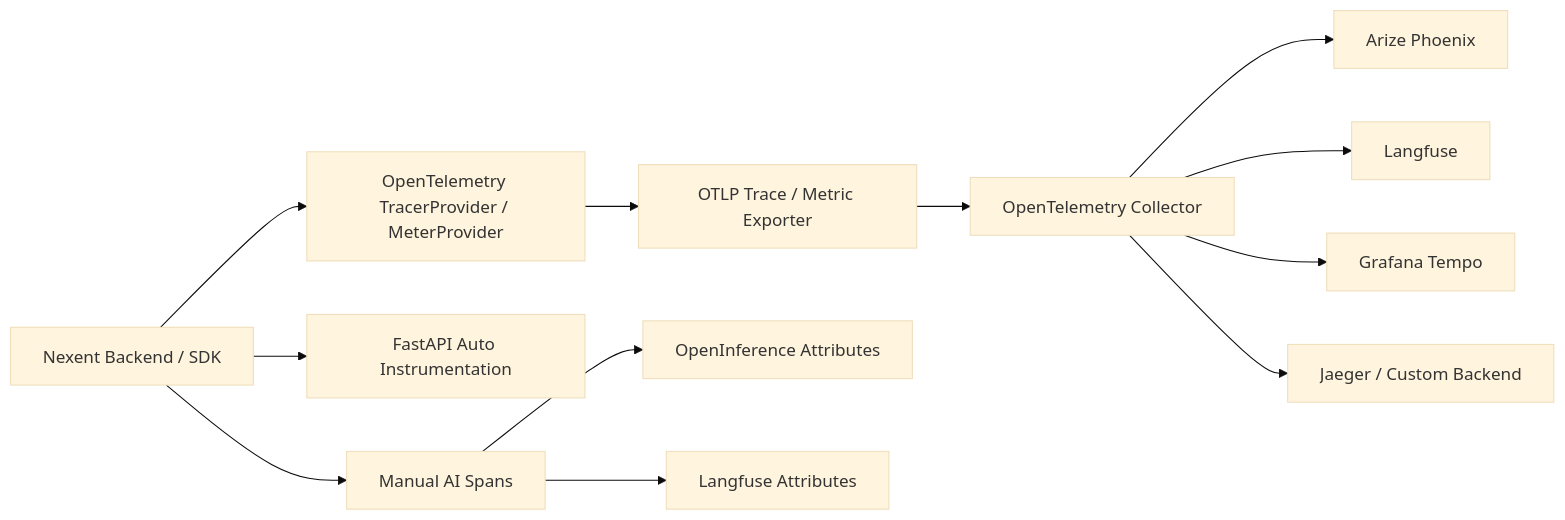
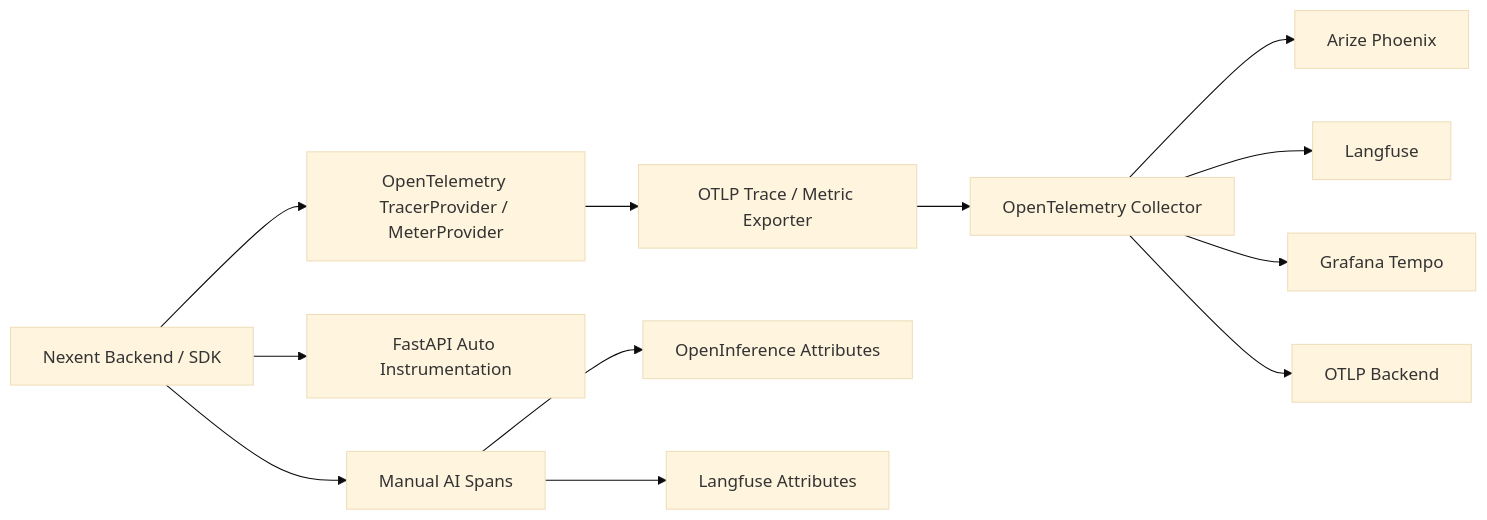
Before and after one commit to ModelEngine-Group/nexent: the first of 3 diagrams in doc/docs/zh/sdk/opentelemetry-design.md, drawn with Mermaid (base theme). The commit also changed other lines of this file and 18 other files, not shown here.

````diff
--- a/doc/docs/zh/sdk/opentelemetry-design.md
+++ b/doc/docs/zh/sdk/opentelemetry-design.md
@@ -37,15 +35,15 @@
 ```mermaid
 flowchart LR
   Backend[Nexent Backend / SDK] --> OTel[OpenTelemetry TracerProvider / MeterProvider]
   OTel --> Exporter[OTLP Trace / Metric Exporter]
   Exporter --> Collector[OpenTelemetry Collector]
   Collector --> Phoenix[Arize Phoenix]
   Collector --> Langfuse[Langfuse]
   Collector --> Tempo[Grafana Tempo]
-  Collector --> Other[Jaeger / Custom Backend]
+  Collector --> Other[OTLP Backend]
 
   Backend --> FastAPI[FastAPI Auto Instrumentation]
   Backend --> Manual[Manual AI Spans]
   Manual --> OI[OpenInference Attributes]
   Manual --> LF[Langfuse Attributes]
 ```
````
